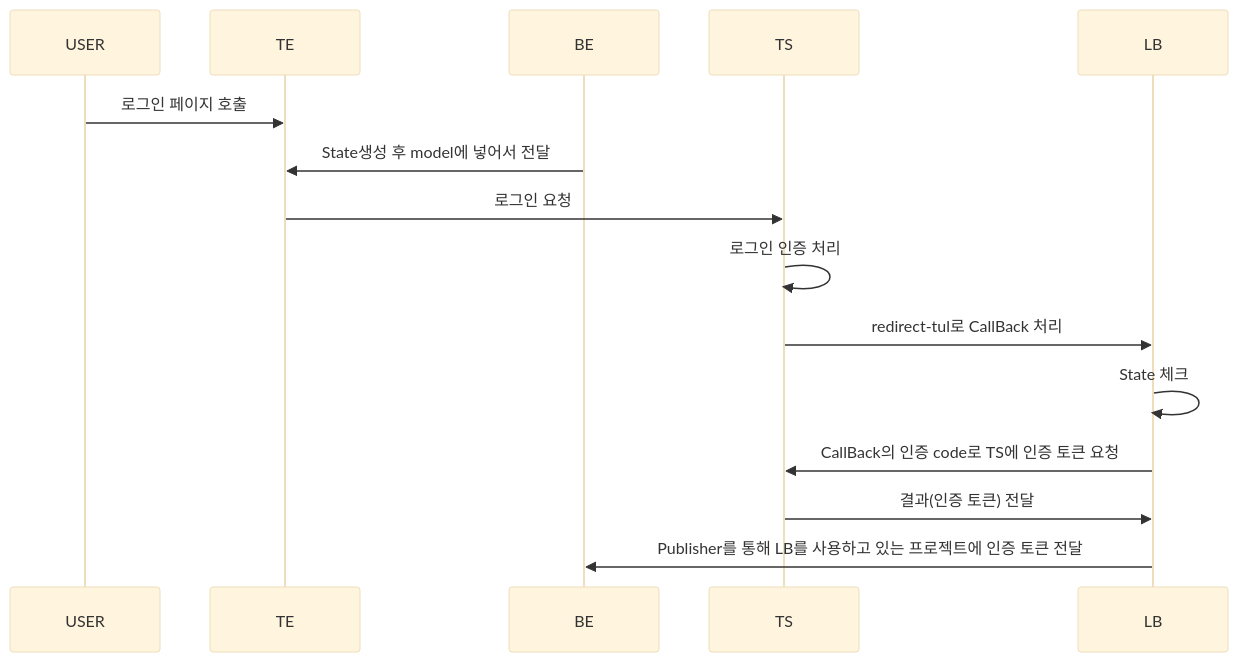
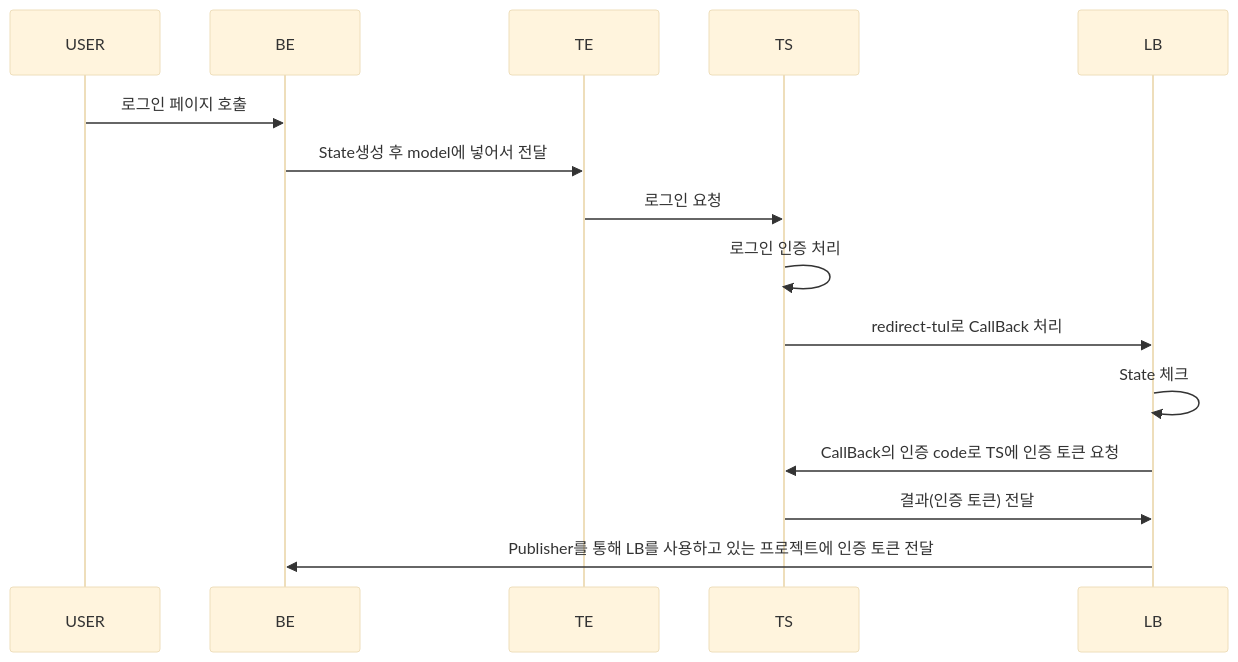
One commit to SpadeJJJ/oauth_rebuild changed the second of 2 diagrams in README.md. Above: the diagram before and after it, drawn with Mermaid (base theme).

````diff
--- a/README.md
+++ b/README.md
@@ -29,12 +29,12 @@
 ```mermaid
 sequenceDiagram
-USER ->> TE : 로그인 페이지 호출
+USER ->> BE : 로그인 페이지 호출
 BE ->> TE : State생성 후 model에 넣어서 전달
 TE ->> TS : 로그인 요청
 TS ->> TS : 로그인 인증 처리
 TS ->> LB : redirect-tul로 CallBack 처리
 LB ->> LB : State 체크
 LB ->> TS : CallBack의 인증 code로 TS에 인증 토큰 요청
 TS ->> LB : 결과(인증 토큰) 전달
 LB ->> BE : Publisher를 통해 LB를 사용하고 있는 프로젝트에 인증 토큰 전달
 ```
````
